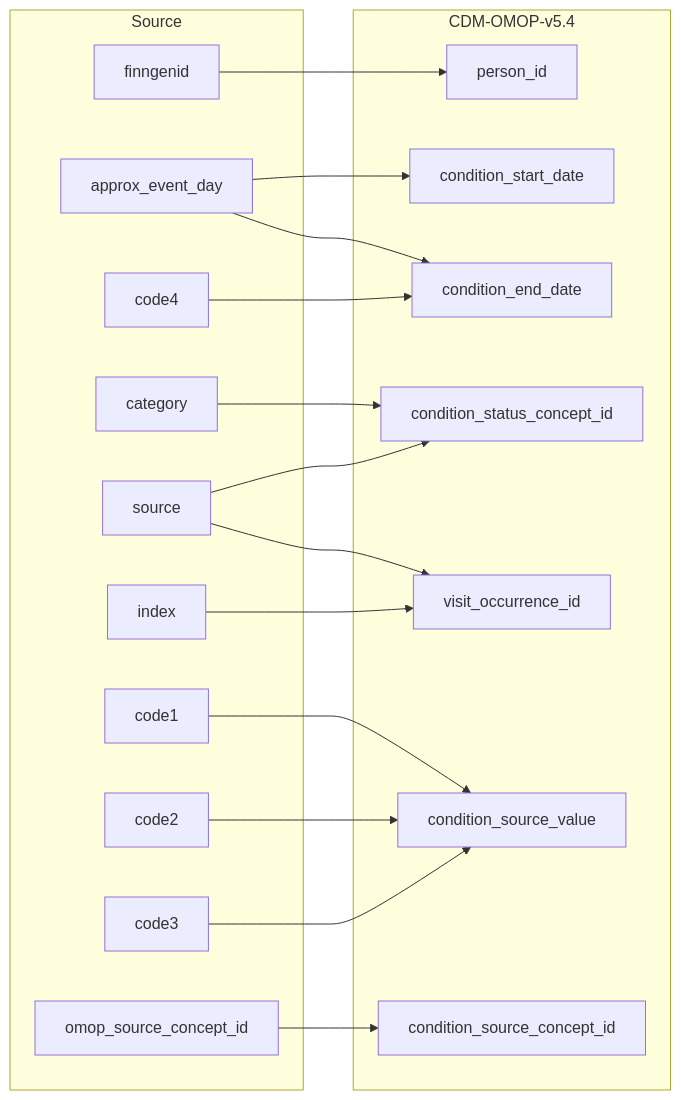
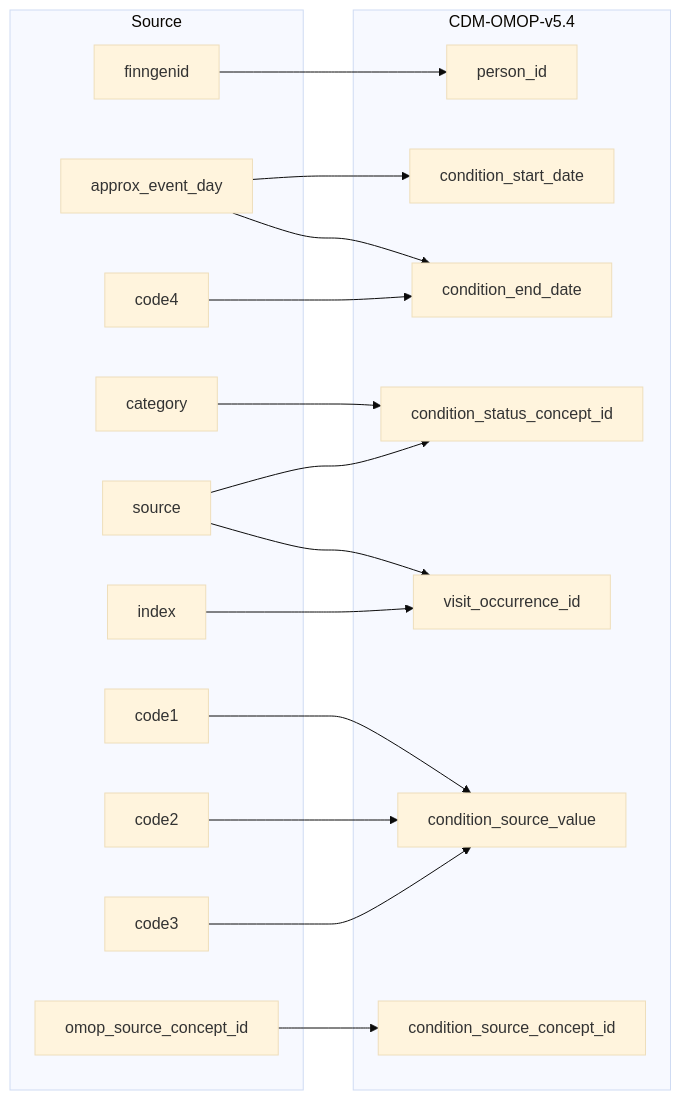
Before and after one commit to FINNGEN/ETL: the diagram in 2_etl_specifications/documentation/condition_occurrence.md, drawn with Mermaid. The commit also changed 13 other files, not shown here.

Commit message:
Added theme to mermaid. Added fg codes table to source_appendix

````diff
--- a/2_etl_specifications/documentation/condition_occurrence.md
+++ b/2_etl_specifications/documentation/condition_occurrence.md
@@ -5,41 +5,42 @@
 ```mermaid
+%%{init: {'theme': 'base' } }%%
 flowchart LR
     subgraph Source
         finngenid
         source
         approx_event_day
         code1
         code2
         code3
         code4
         category
         index
         omop_source_concept_id
     end
 
     subgraph CDM-OMOP-v5.4
         person_id
         condition_start_date
         condition_end_date
         condition_status_concept_id
         visit_occurrence_id
         condition_source_value
         condition_source_concept_id
         
     end
 
     finngenid-->person_id
     approx_event_day-->condition_start_date
     approx_event_day-->condition_end_date
     code4-->condition_end_date
     category-->condition_status_concept_id
     source-->condition_status_concept_id
     source-->visit_occurrence_id
     index-->visit_occurrence_id
     code1-->condition_source_value
     code2-->condition_source_value
     code3-->condition_source_value
     
 
     omop_source_concept_id-->condition_source_concept_id
 ```
````
